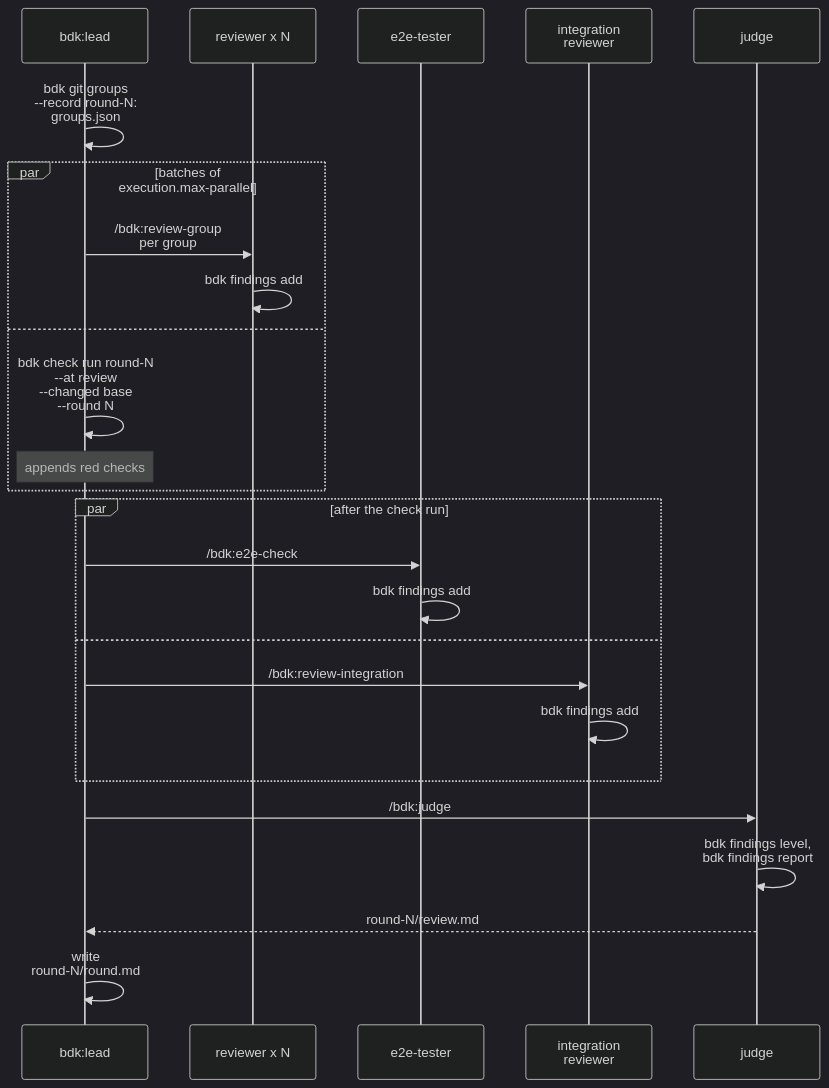
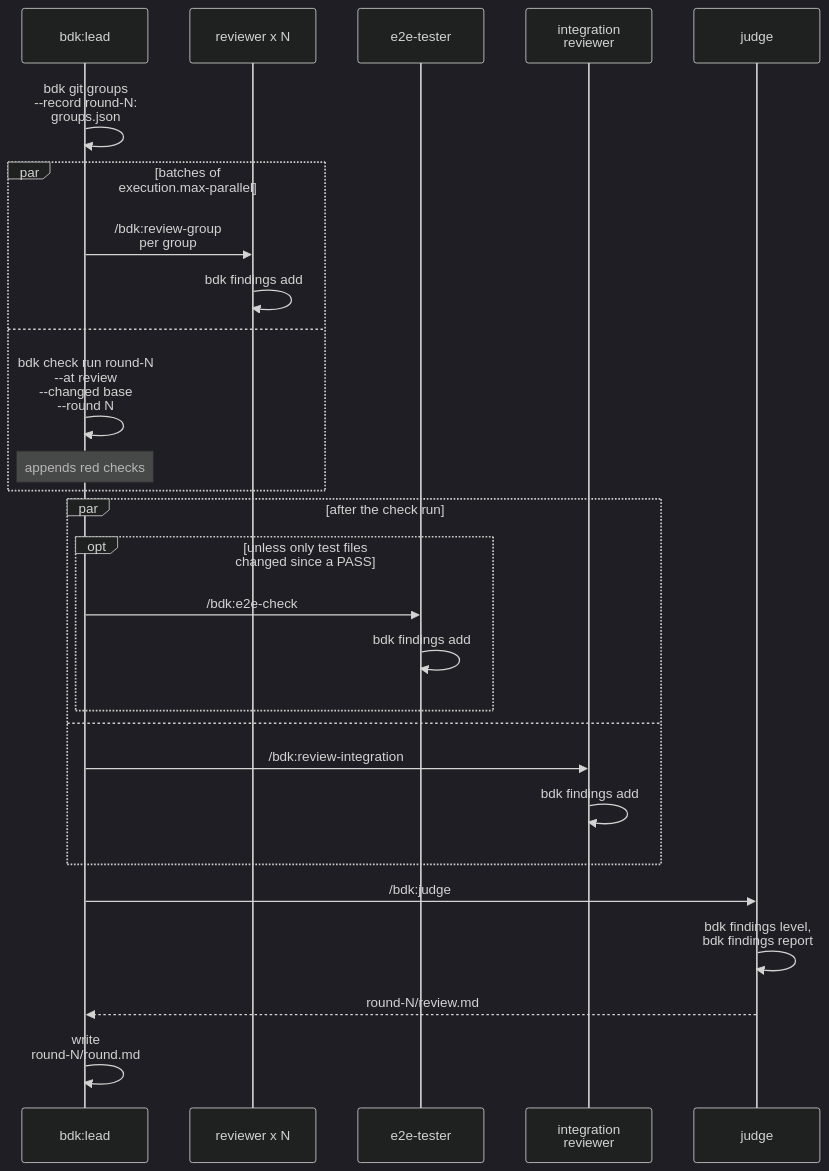
One commit to broneq/bdk changed diagram 11 of 16 in docs/concepts/orchestrators.md. Above: the diagram before and after it, drawn with Mermaid (dark theme). The commit also changed other lines of this file and 34 other files, not shown here.

````diff
--- a/docs/concepts/orchestrators.md
+++ b/docs/concepts/orchestrators.md
@@ -255,27 +255,29 @@
 ```mermaid
 sequenceDiagram
   participant L as bdk:lead
   participant R as reviewer x N
   participant E as e2e-tester
   participant I as integration<br/>reviewer
   participant J as judge
   L->>L: bdk git groups<br/>--record round-N:<br/>groups.json
   par batches of<br/>execution.max-parallel
     L->>R: /bdk:review-group<br/>per group
     R->>R: bdk findings add
   and
     L->>L: bdk check run round-N<br/>--at review<br/>--changed base<br/>--round N
     Note over L: appends red checks
   end
   par after the check run
-    L->>E: /bdk:e2e-check
-    E->>E: bdk findings add
+    opt unless only test files<br/>changed since a PASS
+      L->>E: /bdk:e2e-check
+      E->>E: bdk findings add
+    end
   and
     L->>I: /bdk:review-integration
     I->>I: bdk findings add
   end
   L->>J: /bdk:judge
   J->>J: bdk findings level,<br/>bdk findings report
   J-->>L: round-N/review.md
   L->>L: write<br/>round-N/round.md
 ```
````
